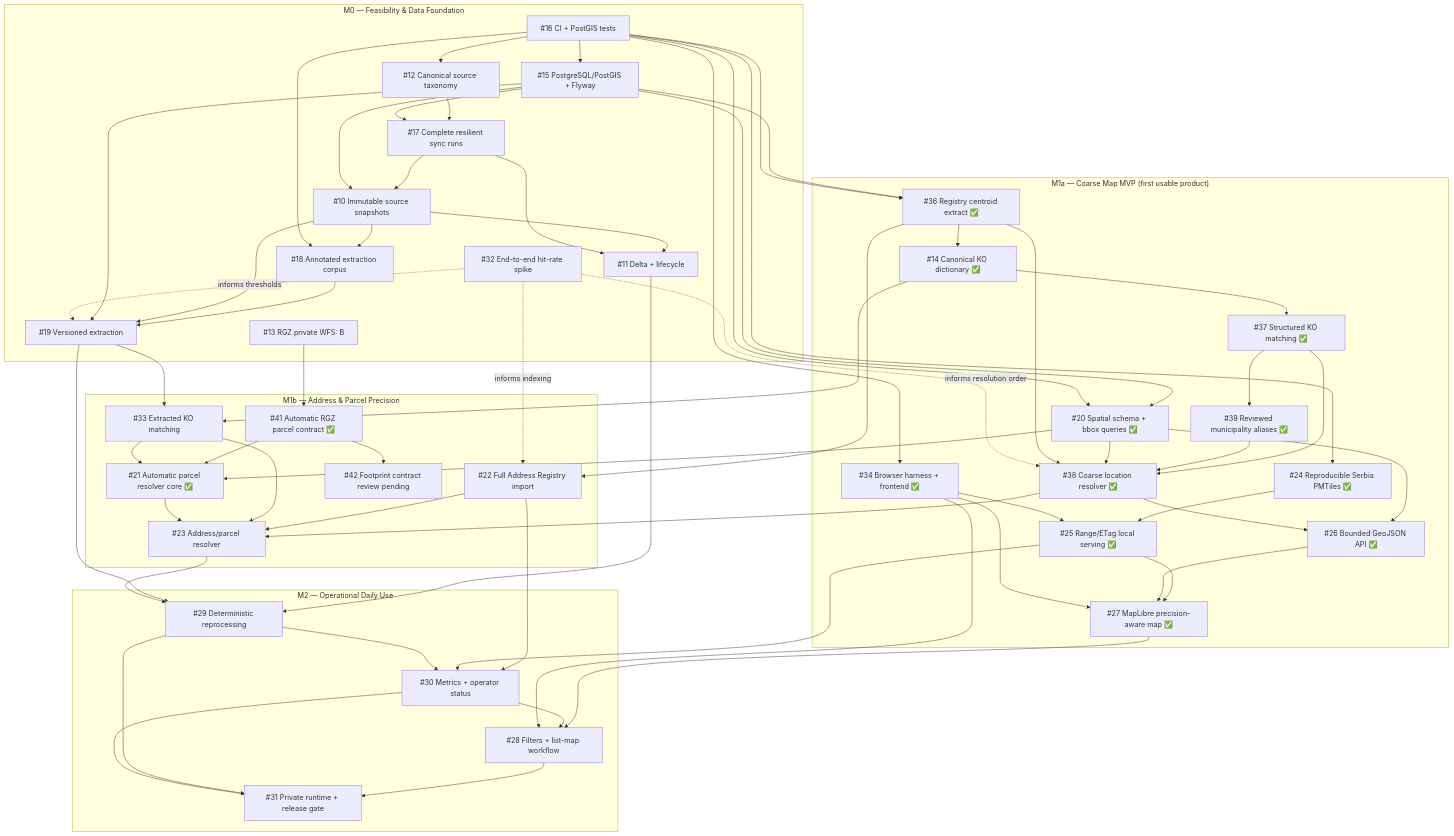
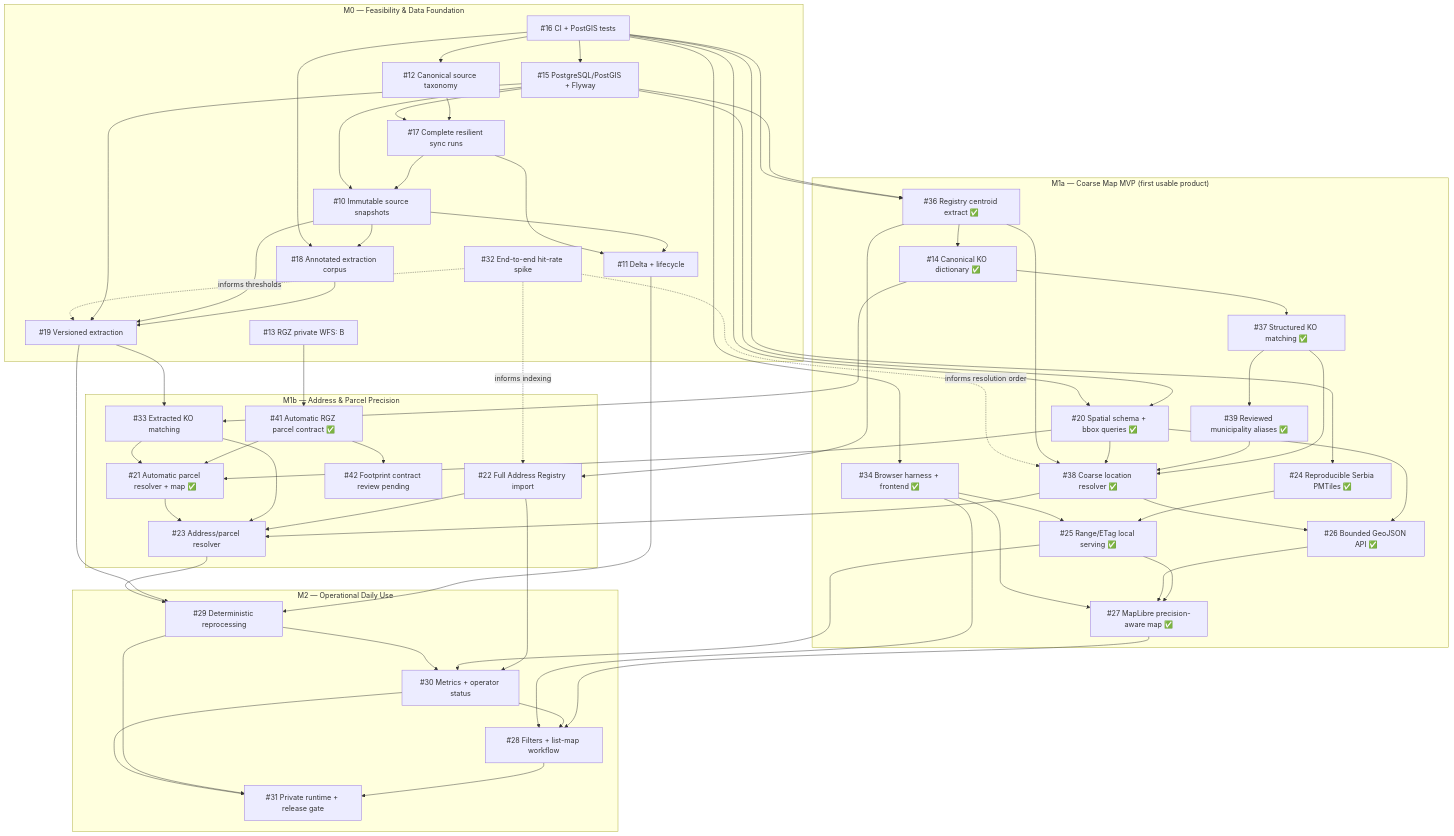
Before and after one commit to brzivoz/aukcije_core: the diagram in documentation/IMPLEMENTATION_ROADMAP.md, drawn with Mermaid. The commit also changed other lines of this file and 57 other files, not shown here.

```diff
--- a/documentation/IMPLEMENTATION_ROADMAP.md
+++ b/documentation/IMPLEMENTATION_ROADMAP.md
@@ -240,7 +242,7 @@
         I22["#22 Full Address Registry import"]
         I33["#33 Extracted KO matching"]
         I41["#41 Automatic RGZ parcel contract ✅"]
-        I21["#21 Automatic parcel resolver core ✅"]
+        I21["#21 Automatic parcel resolver + map ✅"]
         I42["#42 Footprint contract review pending"]
         I23["#23 Address/parcel resolver"]
 
```
